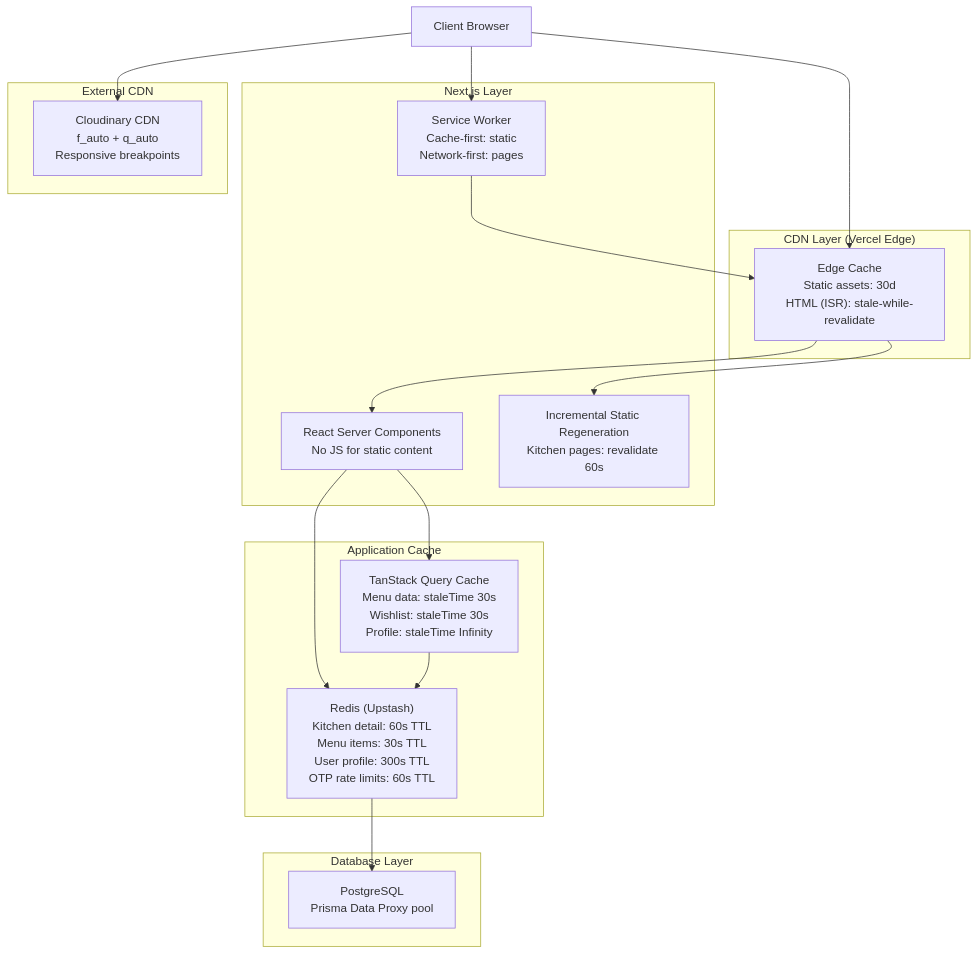
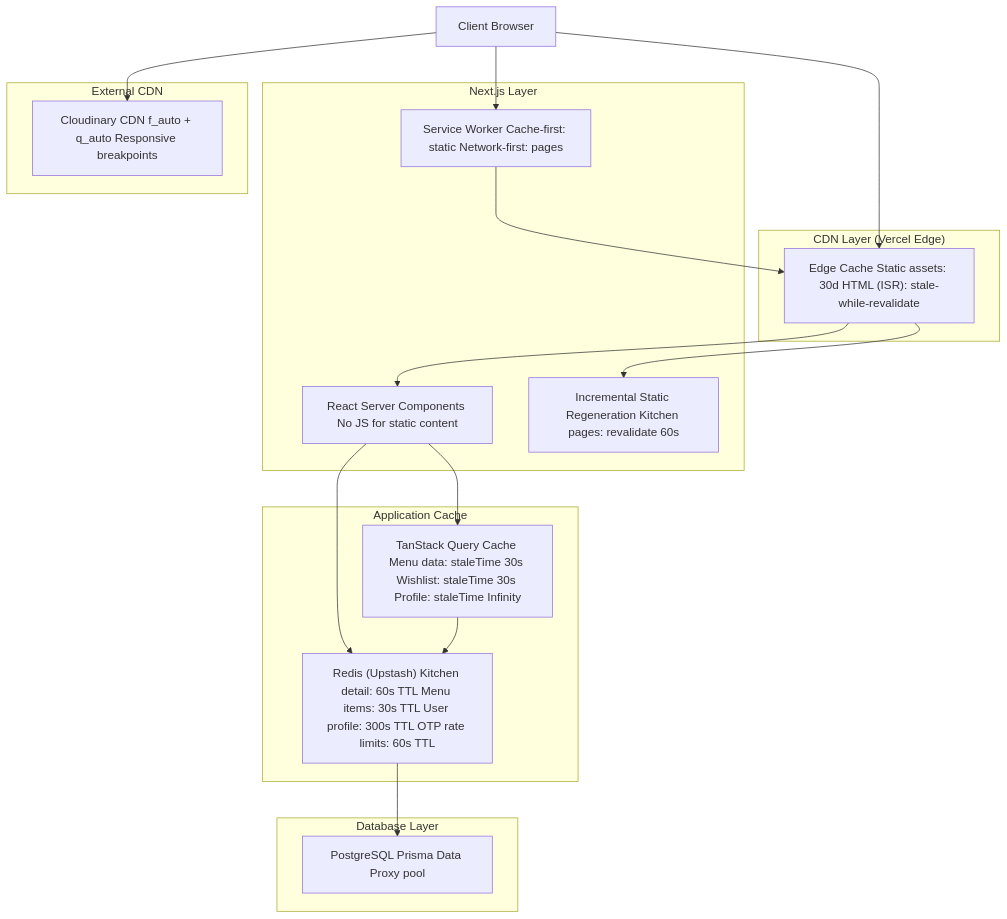
The first of 3 diagrams in docs/11-performance-scaling.md (dharshan47/rrckitchen), drawn with Mermaid before and after one commit. The commit also changed 273 other files, not shown here.

````diff
--- a/docs/11-performance-scaling.md
+++ b/docs/11-performance-scaling.md
@@ -30,36 +30,37 @@
 ```mermaid
-graph TB
+%%{init: {'flowchart': {'curve': 'basis', 'useMaxWidth': true}}}%%
+flowchart TB
     subgraph "CDN Layer (Vercel Edge)"
-        EC["Edge Cache<br/>Static assets: 30d<br/>HTML (ISR): stale-while-revalidate"]
+        EC["Edge Cache Static assets: 30d HTML (ISR): stale-while-revalidate"]
     end
 
     subgraph "Next.js Layer"
-        RSC["React Server Components<br/>No JS for static content"]
-        ISR["Incremental Static Regeneration<br/>Kitchen pages: revalidate 60s"]
-        SW["Service Worker<br/>Cache-first: static<br/>Network-first: pages"]
+        RSC["React Server Components No JS for static content"]
+        ISR["Incremental Static Regeneration Kitchen pages: revalidate 60s"]
+        SW["Service Worker Cache-first: static Network-first: pages"]
     end
 
     subgraph "Application Cache"
-        RC["Redis (Upstash)<br/>Kitchen detail: 60s TTL<br/>Menu items: 30s TTL<br/>User profile: 300s TTL<br/>OTP rate limits: 60s TTL"]
-        TQ["TanStack Query Cache<br/>Menu data: staleTime 30s<br/>Wishlist: staleTime 30s<br/>Profile: staleTime Infinity"]
+        RC["Redis (Upstash) Kitchen detail: 60s TTL Menu items: 30s TTL User profile: 300s TTL OTP rate limits: 60s TTL"]
+        TQ["TanStack Query Cache Menu data: staleTime 30s Wishlist: staleTime 30s Profile: staleTime Infinity"]
     end
 
     subgraph "Database Layer"
-        PG["PostgreSQL<br/>Prisma Data Proxy pool"]
+        PG["PostgreSQL Prisma Data Proxy pool"]
     end
 
     subgraph "External CDN"
-        CI["Cloudinary CDN<br/>f_auto + q_auto<br/>Responsive breakpoints"]
+        CI["Cloudinary CDN f_auto + q_auto Responsive breakpoints"]
     end
 
     User["Client Browser"] --> EC
     EC --> RSC
     EC --> ISR
     SW --> EC
     RSC --> RC
     RSC --> TQ
     RC --> PG
     TQ --> RC
     User --> CI
     User --> SW
 ```
````
